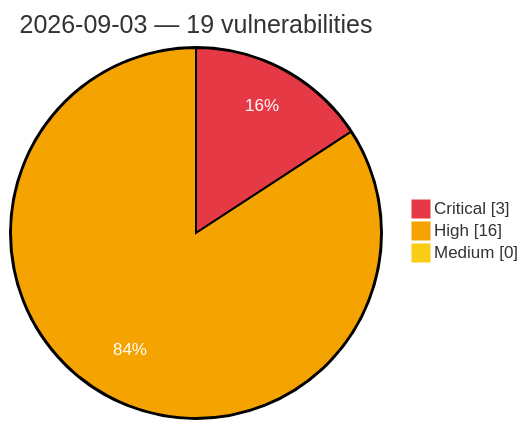
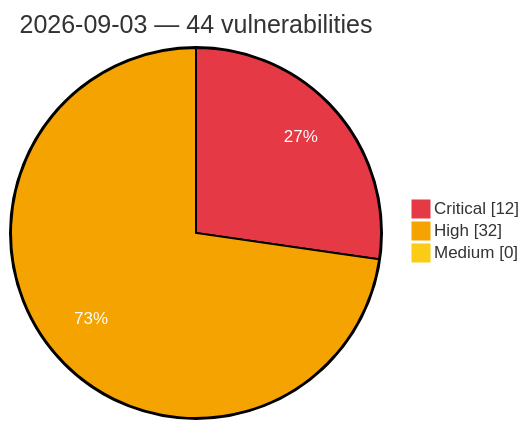
The diagram in vulnerabilities/2026/September/2026-09-03.md (GhostX0X/vuln-tracker), drawn with Mermaid before and after one commit. The commit also changed other lines of this file and 5 other files, not shown here.

Commit message:
Auto update: critical/high vulns (2026-09-03 17:51 UTC)

````diff
--- a/vulnerabilities/2026/September/2026-09-03.md
+++ b/vulnerabilities/2026/September/2026-09-03.md
@@ -3,8 +3,8 @@
 ```mermaid
 %%{init: {'theme':'base', 'themeVariables': {'pie1':'#e63946', 'pie2':'#f4a300', 'pie3':'#facc15', 'pieOpacity':'1', 'pieOuterStrokeWidth':'2px', 'pieSectionTextColor':'#ffffff'}}}%%
 pie showData
-    title 2026-09-03 — 19 vulnerabilities
-    "Critical" : 3
-    "High" : 16
+    title 2026-09-03 — 44 vulnerabilities
+    "Critical" : 12
+    "High" : 32
     "Medium" : 0
 ```
````
